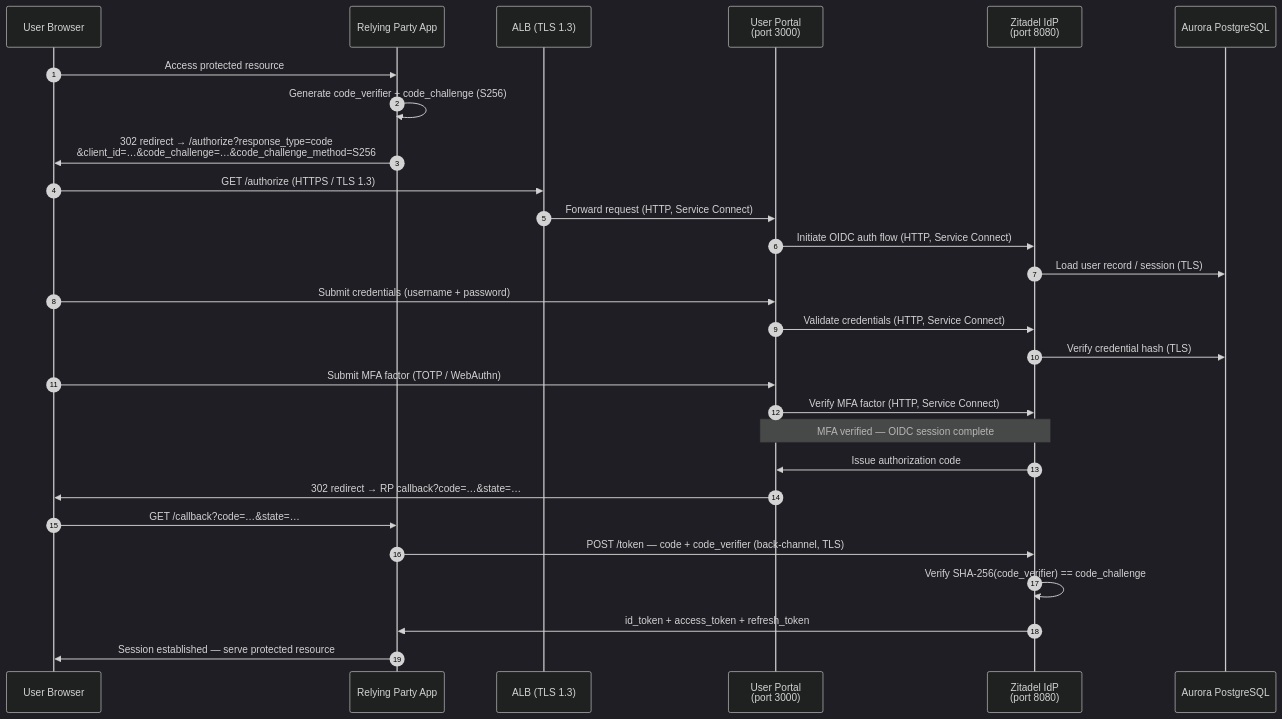
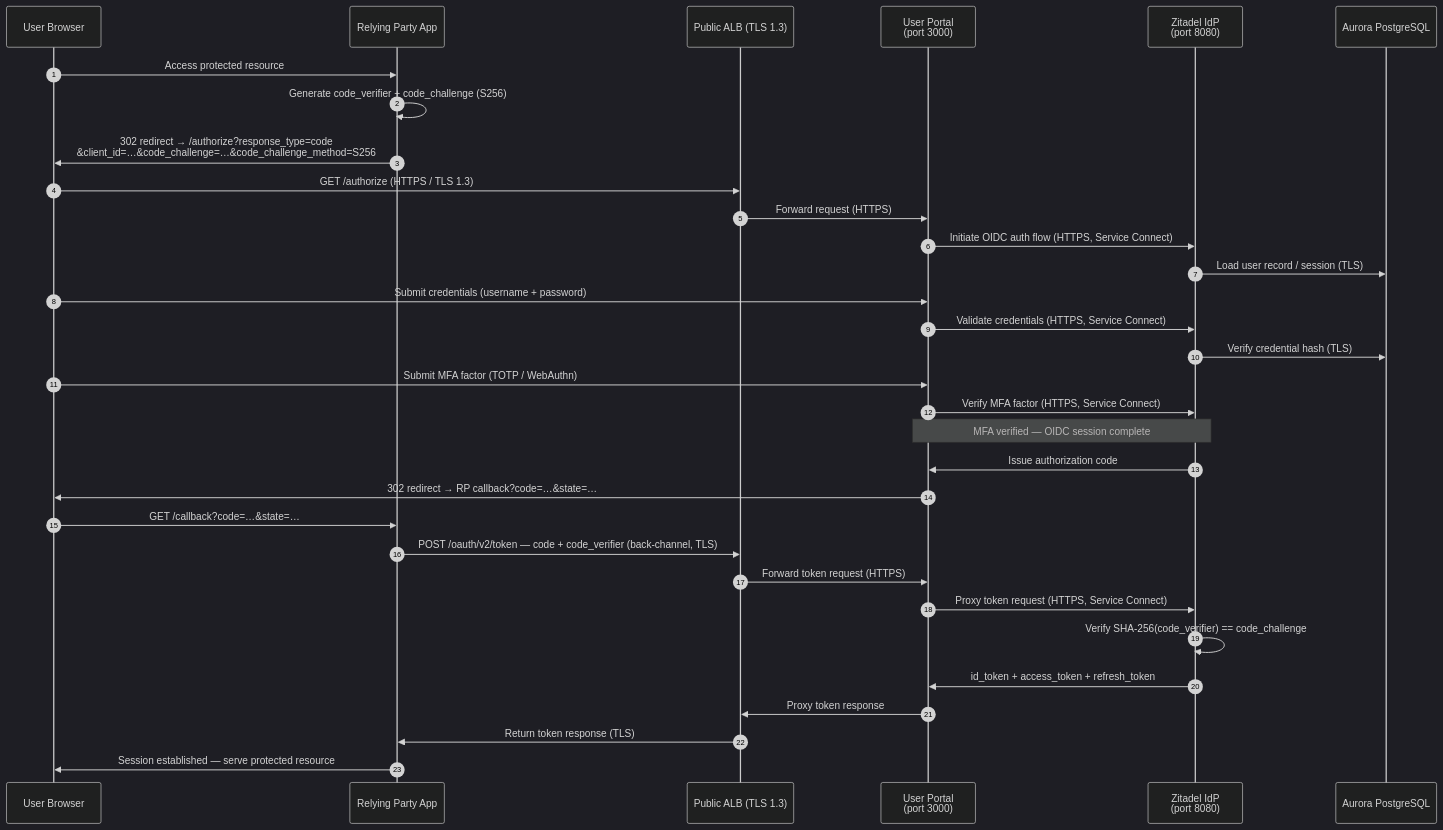
Before and after one commit to cds-snc/platform-unified-accounts: the diagram in docs/system-architecture.md, drawn with Mermaid (dark theme). The commit also changed other lines of this file and 6 other files, not shown here.

First line of the commit message:
fix: switch over to idp.auth.cdssandbox.xyz internally

````diff
--- a/docs/system-architecture.md
+++ b/docs/system-architecture.md
@@ -160,31 +165,35 @@
 ```mermaid
 sequenceDiagram
     autonumber
     participant B as User Browser
     participant RP as Relying Party App
-    participant ALB as ALB (TLS 1.3)
+    participant ALB as Public ALB (TLS 1.3)
     participant UP as User Portal<br/>(port 3000)
     participant IDP as Zitadel IdP<br/>(port 8080)
     participant DB as Aurora PostgreSQL
 
     B->>RP: Access protected resource
     RP->>RP: Generate code_verifier + code_challenge (S256)
     RP->>B: 302 redirect → /authorize?response_type=code<br/>&client_id=…&code_challenge=…&code_challenge_method=S256
     B->>ALB: GET /authorize (HTTPS / TLS 1.3)
-    ALB->>UP: Forward request (HTTP, Service Connect)
-    UP->>IDP: Initiate OIDC auth flow (HTTP, Service Connect)
+    ALB->>UP: Forward request (HTTPS)
+    UP->>IDP: Initiate OIDC auth flow (HTTPS, Service Connect)
     IDP->>DB: Load user record / session (TLS)
     B->>UP: Submit credentials (username + password)
-    UP->>IDP: Validate credentials (HTTP, Service Connect)
+    UP->>IDP: Validate credentials (HTTPS, Service Connect)
     IDP->>DB: Verify credential hash (TLS)
     B->>UP: Submit MFA factor (TOTP / WebAuthn)
-    UP->>IDP: Verify MFA factor (HTTP, Service Connect)
+    UP->>IDP: Verify MFA factor (HTTPS, Service Connect)
     Note over UP,IDP: MFA verified — OIDC session complete
     IDP->>UP: Issue authorization code
     UP->>B: 302 redirect → RP callback?code=…&state=…
     B->>RP: GET /callback?code=…&state=…
-    RP->>IDP: POST /token — code + code_verifier (back-channel, TLS)
+    RP->>ALB: POST /oauth/v2/token — code + code_verifier (back-channel, TLS)
+    ALB->>UP: Forward token request (HTTPS)
+    UP->>IDP: Proxy token request (HTTPS, Service Connect)
     IDP->>IDP: Verify SHA-256(code_verifier) == code_challenge
-    IDP->>RP: id_token + access_token + refresh_token
+    IDP->>UP: id_token + access_token + refresh_token
+    UP->>ALB: Proxy token response
+    ALB->>RP: Return token response (TLS)
     RP->>B: Session established — serve protected resource
 ```
````
